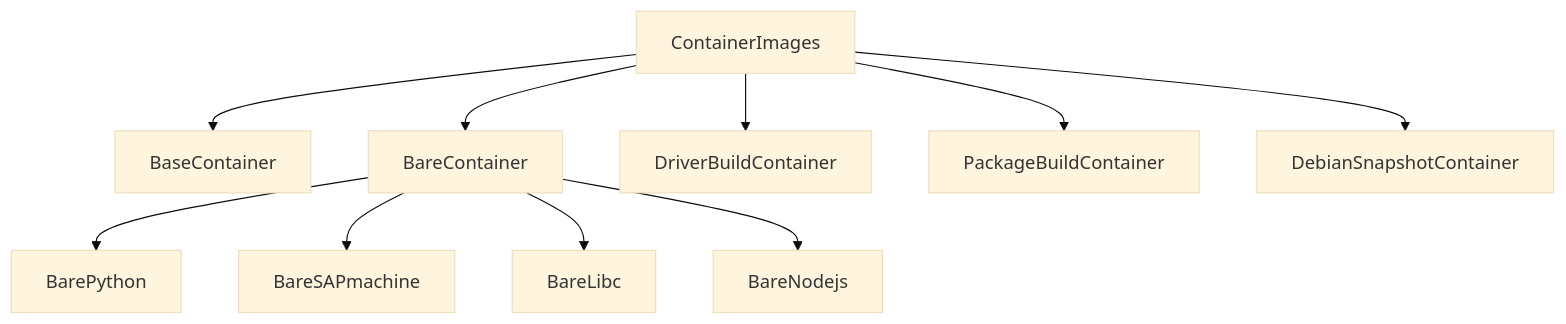
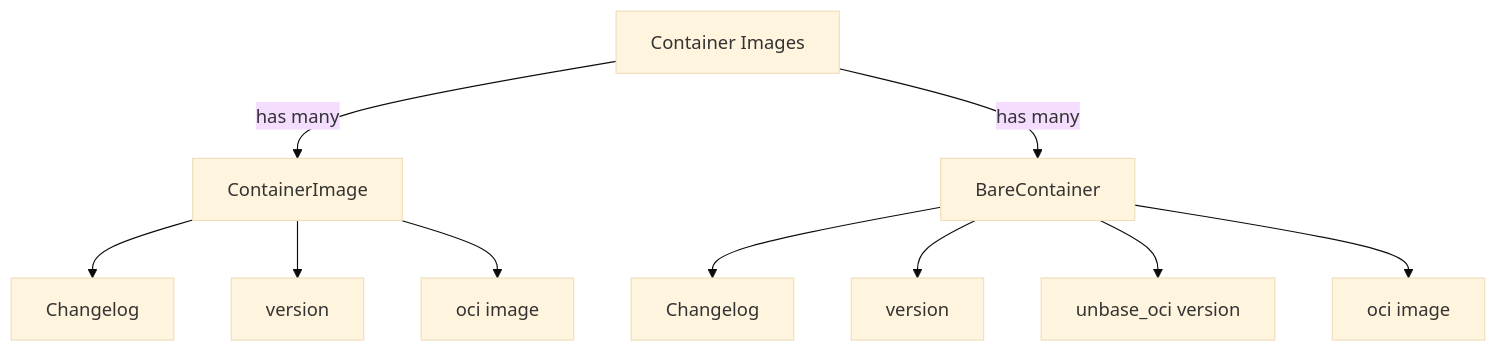
The third of 3 diagrams in docs/01_developers/ocm/high-level-design.md (gardenlinux/gardenlinux), drawn with Mermaid (base theme) before and after one commit. The commit also changed other lines of this file, not shown here.

Commit message:
describe container type not instances in hld

````diff
--- a/docs/01_developers/ocm/high-level-design.md
+++ b/docs/01_developers/ocm/high-level-design.md
@@ -64,13 +63,13 @@
 ```mermaid
 graph TD;
-    ContainerImages[ContainerImages] --> BaseContainer;
-    ContainerImages --> BareContainer;
-    ContainerImages --> DriverBuildContainer;
-    ContainerImages --> PackageBuildContainer;
-    ContainerImages --> DebianSnapshotContainer;
+    ContainerImages[Container Images] -->|has many| ContainerImage;
+    ContainerImages[Container Images] -->|has many| BareContainer;
+    ContainerImage --> ChangelogContainer[Changelog];
+    ContainerImage --> versionContainer[version];
+    ContainerImage --> ociImage[oci image];
 
-    BareContainer[BareContainer] --> BarePython;
-    BareContainer --> BareSAPmachine;
-    BareContainer --> BareLibc;
-    BareContainer --> BareNodejs;
+    BareContainer --> ChangelogBare[Changelog];
+    BareContainer --> versionBare[version];
+    BareContainer --> unbaseOCIVersion[unbase_oci version];
+    BareContainer --> ociImageBare[oci image];
 ```
````
